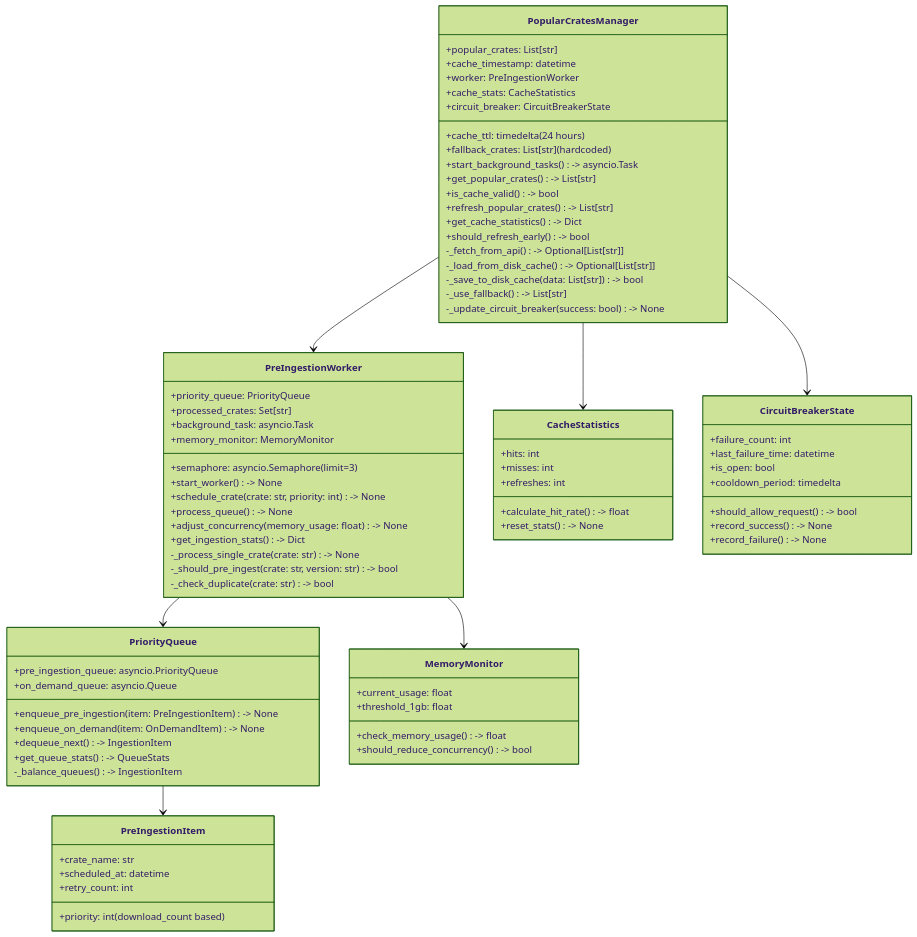
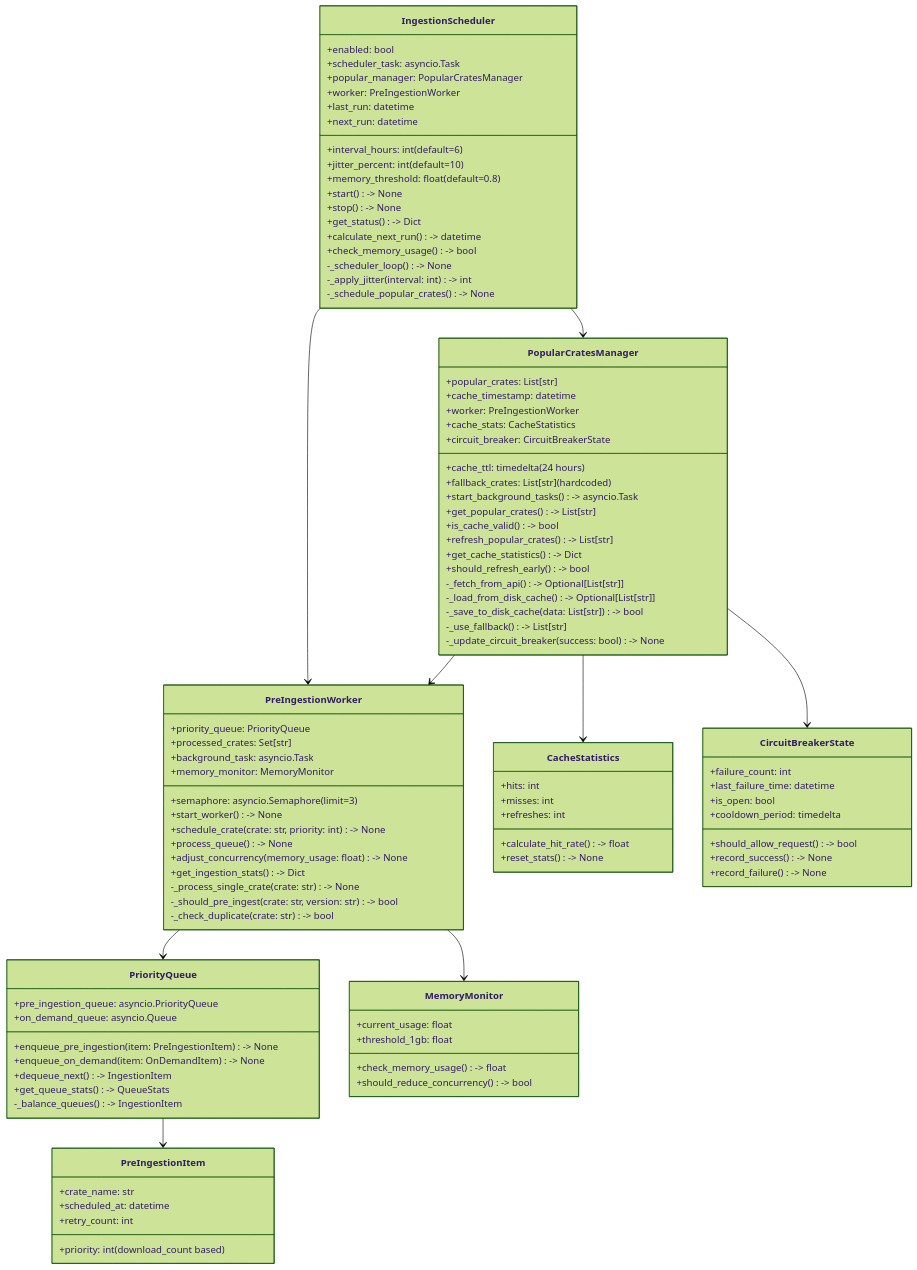
Before and after one commit to RimoVR/docsrs-mcp: diagram 38 of 43 in Architecture.md, drawn with Mermaid (forest theme). The commit also changed other lines of this file and 5 other files, not shown here.

First line of the commit message:
feat: Add background ingestion scheduler for periodic crate updates

````diff
--- a/Architecture.md
+++ b/Architecture.md
@@ -3131,10 +3179,32 @@
         +should_reduce_concurrency() -> bool
     }
     
+    class IngestionScheduler {
+        +enabled: bool
+        +interval_hours: int (default=6)
+        +jitter_percent: int (default=10)
+        +memory_threshold: float (default=0.8)
+        +scheduler_task: asyncio.Task
+        +popular_manager: PopularCratesManager
+        +worker: PreIngestionWorker
+        +last_run: datetime
+        +next_run: datetime
+        +start() -> None
+        +stop() -> None
+        +get_status() -> Dict
+        +calculate_next_run() -> datetime
+        +check_memory_usage() -> bool
+        -_scheduler_loop() -> None
+        -_apply_jitter(interval: int) -> int
+        -_schedule_popular_crates() -> None
+    }
+    
     PopularCratesManager --> PreIngestionWorker
     PopularCratesManager --> CacheStatistics
     PopularCratesManager --> CircuitBreakerState
     PreIngestionWorker --> PriorityQueue
     PreIngestionWorker --> MemoryMonitor
     PriorityQueue --> PreIngestionItem
+    IngestionScheduler --> PopularCratesManager
+    IngestionScheduler --> PreIngestionWorker
 ```
````
